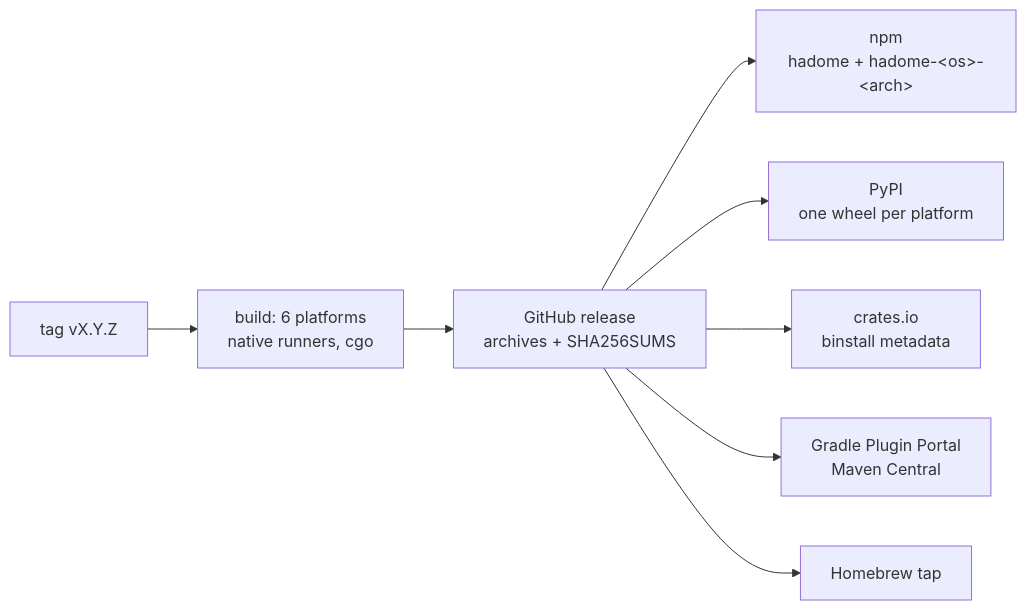
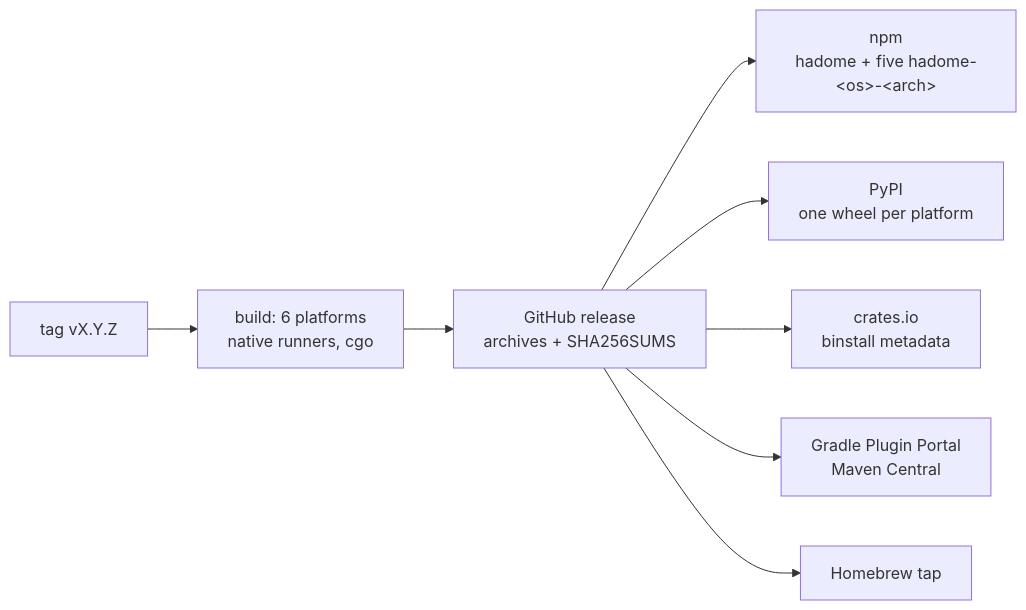
Before and after one commit to rerorets/hadome: the first of 2 diagrams in docs/design/distribution.md, drawn with Mermaid. The commit also changed other lines of this file and 1 other file, not shown here.

Commit message:
The design of the npm packages without a Windows ARM64 package, so Windows ARM64 runs the x86-64 package (#155)

````diff
--- a/docs/design/distribution.md
+++ b/docs/design/distribution.md
@@ -44,10 +44,10 @@
 ```mermaid
 flowchart LR
   T["tag vX.Y.Z"] --> B["build: 6 platforms<br/>native runners, cgo"]
   B --> R["GitHub release<br/>archives + SHA256SUMS"]
-  R --> N["npm<br/>hadome + hadome-&lt;os&gt;-&lt;arch&gt;"]
+  R --> N["npm<br/>hadome + five hadome-&lt;os&gt;-&lt;arch&gt;"]
   R --> P["PyPI<br/>one wheel per platform"]
   R --> C["crates.io<br/>binstall metadata"]
   R --> J["Gradle Plugin Portal<br/>Maven Central"]
   R --> H["Homebrew tap"]
 ```
````
